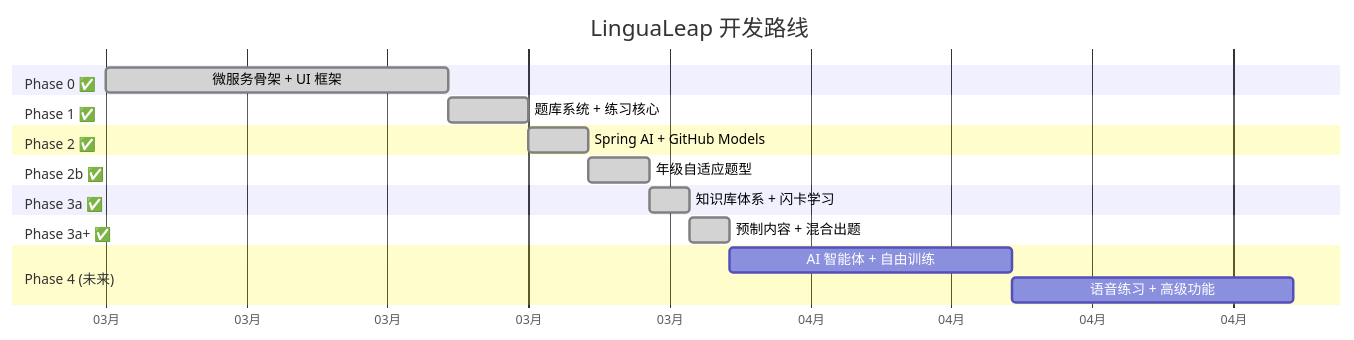
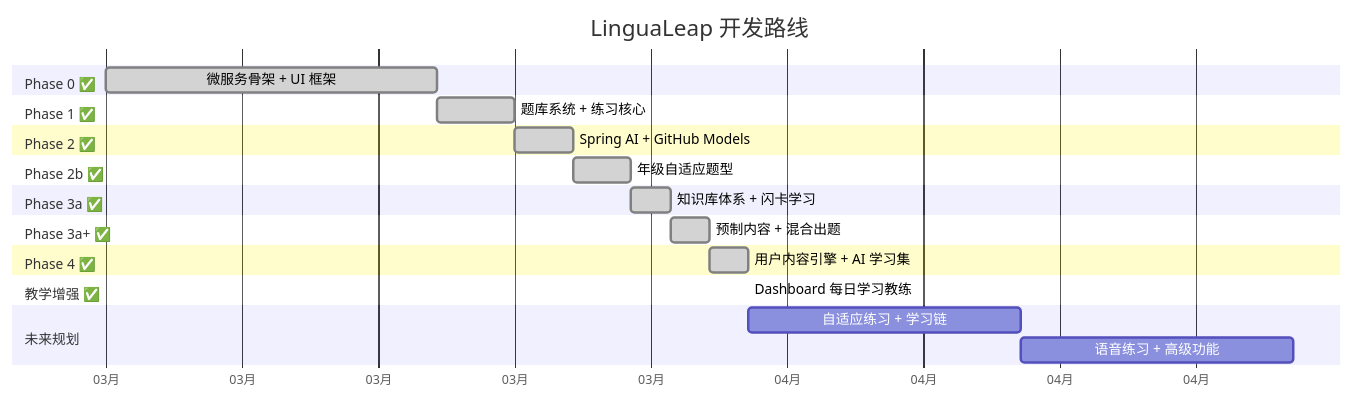
The fifth of 6 diagrams in projects/LinguaLeap/docs/architecture.md (Felix-gg-cloud/ClaudeWorkspace), drawn with Mermaid before and after one commit. The commit also changed other lines of this file and 9 other files, not shown here.

````diff
--- a/projects/LinguaLeap/docs/architecture.md
+++ b/projects/LinguaLeap/docs/architecture.md
@@ -180,28 +180,34 @@
 ```mermaid
 gantt
     title LinguaLeap 开发路线
     dateFormat YYYY-MM-DD
     axisFormat %m月
 
     section Phase 0 ✅
     微服务骨架 + UI 框架        :done, p0, 2026-03-01, 2026-03-18
 
     section Phase 1 ✅
     题库系统 + 练习核心          :done, p1, 2026-03-18, 2026-03-22
 
     section Phase 2 ✅
     Spring AI + GitHub Models   :done, p2, 2026-03-22, 2026-03-25
 
     section Phase 2b ✅
     年级自适应题型              :done, p2b, 2026-03-25, 2026-03-28
 
     section Phase 3a ✅
     知识库体系 + 闪卡学习        :done, p3a, 2026-03-28, 2026-03-30
 
     section Phase 3a+ ✅
     预制内容 + 混合出题          :done, p3ap, 2026-03-30, 2026-04-01
 
-    section Phase 4 (未来)
-    AI 智能体 + 自由训练         :p4a, after p3ap, 14d
-    语音练习 + 高级功能          :p4b, after p4a, 14d
+    section Phase 4 ✅
+    用户内容引擎 + AI 学习集    :done, p4, 2026-04-01, 2026-04-03
+
+    section 教学增强 ✅
+    Dashboard 每日学习教练      :done, p4e, 2026-04-03, 2026-04-03
+
+    section 未来规划
+    自适应练习 + 学习链        :p5a, after p4e, 14d
+    语音练习 + 高级功能          :p5b, after p5a, 14d
 ```
````
